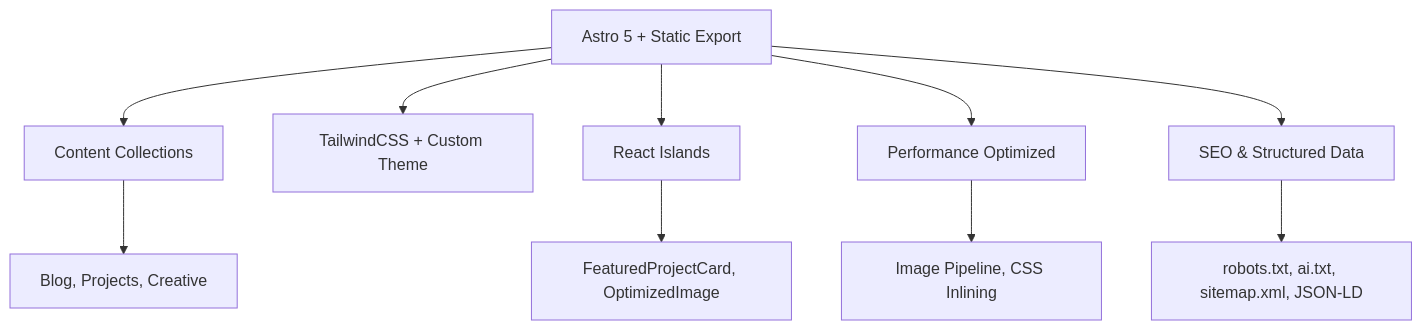
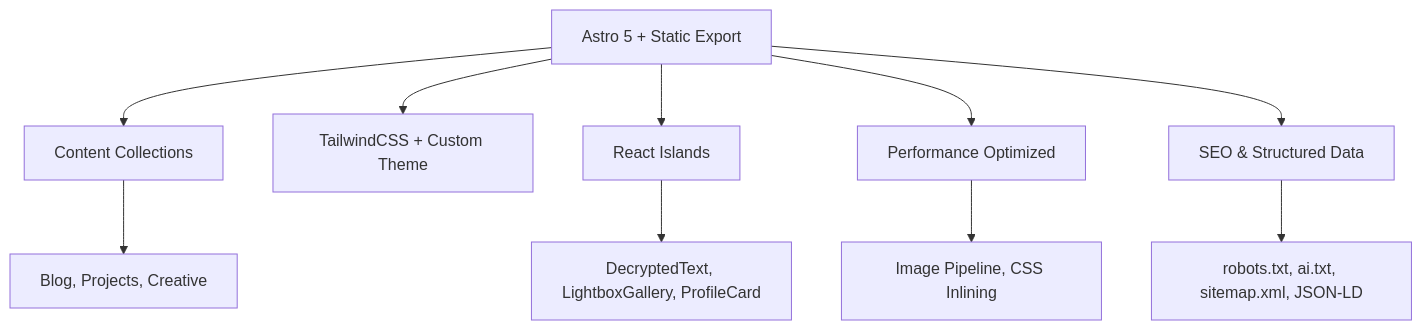
One commit to bpolitiadis/vpoliteiadis changed the diagram in docs/README.md. Above: the diagram before and after it, drawn with Mermaid. The commit also changed 7 other files, not shown here.

First line of the commit message:
refactor: remove unused FeaturedProjectCard component and fix domain URL consolidation

````diff
--- a/docs/README.md
+++ b/docs/README.md
@@ -49,12 +49,12 @@
 ```mermaid
 graph TD
   A[Astro 5 + Static Export] --> B[Content Collections]
   B --> C[Blog, Projects, Creative]
   A --> D[TailwindCSS + Custom Theme]
   A --> E[React Islands]
-  E --> F[FeaturedProjectCard, OptimizedImage]
+  E --> F[DecryptedText, LightboxGallery, ProfileCard]
   A --> G[Performance Optimized]
   G --> H[Image Pipeline, CSS Inlining]
   A --> I[SEO & Structured Data]
   I --> J[robots.txt, ai.txt, sitemap.xml, JSON-LD]
 ```
````
